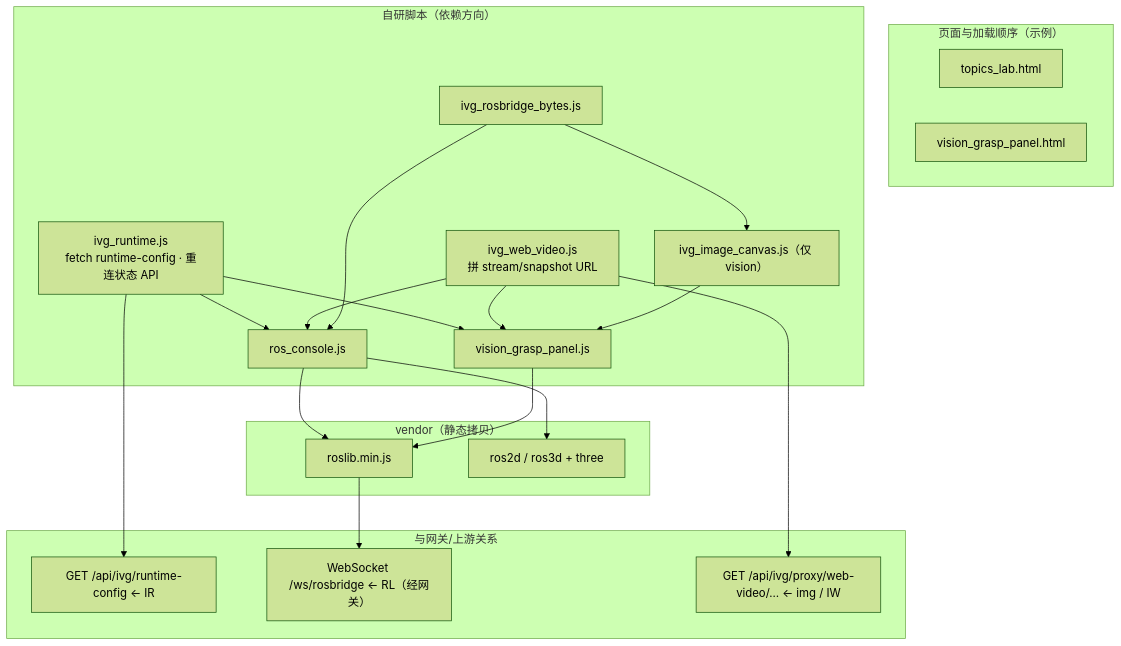
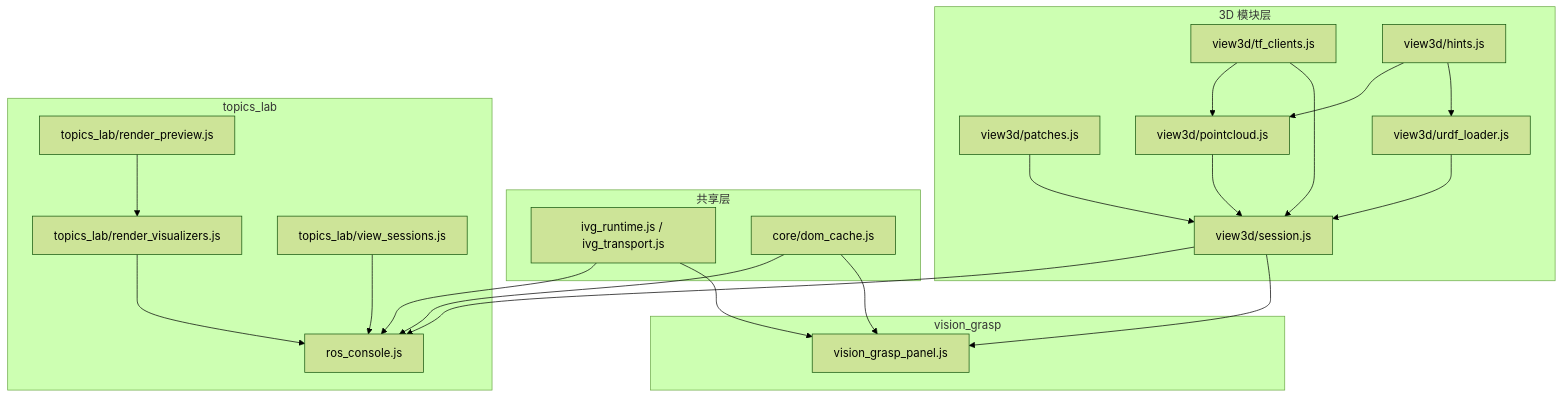
Before and after one commit to MUHAN11-c/aubo_boot: the fourth of 8 diagrams in aubo_ros2_ws/src/aubo_ros2_web_dashboard/docs/architecture_diagrams.md, drawn with Mermaid (forest theme). The commit also changed other lines of this file and 42 other files, not shown here.

````diff
--- a/aubo_ros2_ws/src/aubo_ros2_web_dashboard/docs/architecture_diagrams.md
+++ b/aubo_ros2_ws/src/aubo_ros2_web_dashboard/docs/architecture_diagrams.md
@@ -117,39 +100,45 @@
 ```mermaid
 flowchart TB
-  subgraph PG["页面与加载顺序（示例）"]
-    T["topics_lab.html"]
-    V["vision_grasp_panel.html"]
+  subgraph Shared["共享层"]
+    Runtime["ivg_runtime.js / ivg_transport.js"]
+    Core["core/dom_cache.js"]
   end
 
-  subgraph JS["自研脚本（依赖方向）"]
-    IR["ivg_runtime.js<br/>fetch runtime-config · 重连状态 API"]
-    IW["ivg_web_video.js<br/>拼 stream/snapshot URL"]
-    IB["ivg_rosbridge_bytes.js"]
-    RC["ros_console.js"]
-    VG["vision_grasp_panel.js"]
-    IC["ivg_image_canvas.js（仅 vision）"]
-    IR --> RC
-    IR --> VG
-    IW --> RC
-    IW --> VG
-    IB --> RC
-    IB --> IC --> VG
+  subgraph View3D["3D 模块层"]
+    VPatch["view3d/patches.js"]
+    VTf["view3d/tf_clients.js"]
+    VHints["view3d/hints.js"]
+    VPc["view3d/pointcloud.js"]
+    VUrdf["view3d/urdf_loader.js"]
+    VSess["view3d/session.js"]
   end
 
-  subgraph VD["vendor（静态拷贝）"]
-    RL["roslib.min.js"]
-    R2["ros2d / ros3d + three"]
+  subgraph Topics["topics_lab"]
+    TPrev["topics_lab/render_preview.js"]
+    TViz["topics_lab/render_visualizers.js"]
+    TSess["topics_lab/view_sessions.js"]
+    Console["ros_console.js"]
   end
-  RC --> RL
-  RC --> R2
-  VG --> RL
 
-  subgraph NET["与网关/上游关系"]
-    N1["GET /api/ivg/runtime-config ← IR"]
-    N2["WebSocket /ws/rosbridge ← RL（经网关）"]
-    N3["GET /api/ivg/proxy/web-video/… ← img / IW"]
+  subgraph Vision["vision_grasp"]
+    VisionEntry["vision_grasp_panel.js"]
   end
-  IR --> N1
-  RL --> N2
-  IW --> N3
+
+  Runtime --> Console
+  Runtime --> VisionEntry
+  Core --> Console
+  Core --> VisionEntry
+
+  VPatch --> VSess
+  VTf --> VPc
+  VTf --> VSess
+  VHints --> VPc
+  VHints --> VUrdf
+  VUrdf --> VSess
+  VPc --> VSess
+
+  TPrev --> TViz --> Console
+  TSess --> Console
+  VSess --> Console
+  VSess --> VisionEntry
 ```
````
